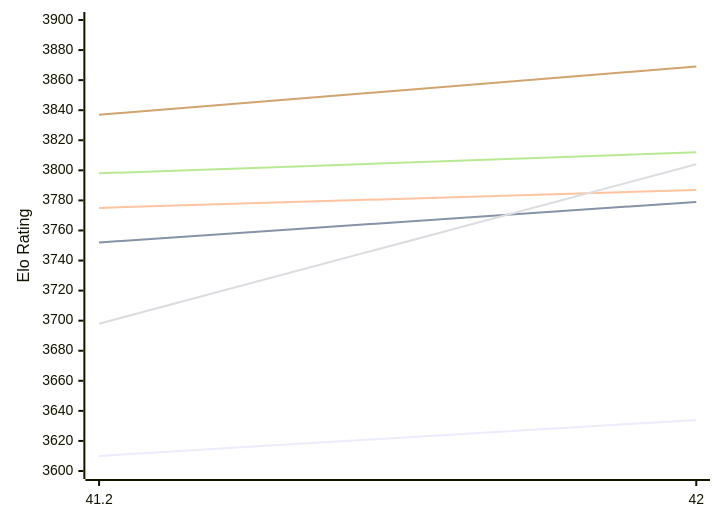
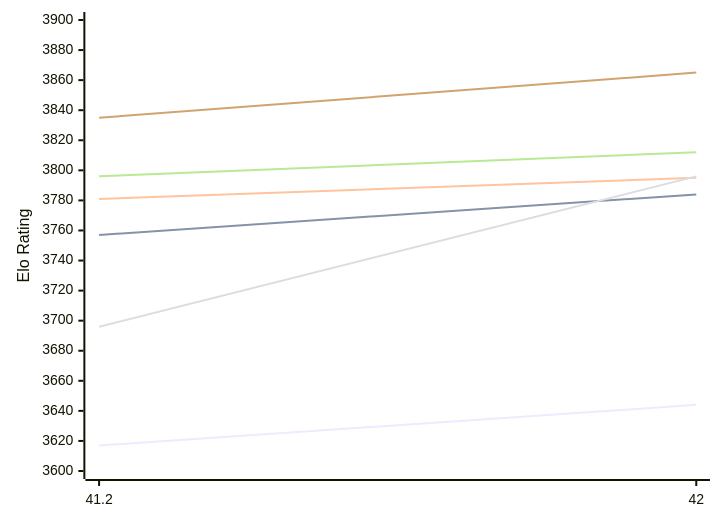
Before and after one commit to computer-chess-index/cci: the first of 2 diagrams in engines/Shashchess.md, drawn with Mermaid. The commit also changed other lines of this file, not shown here.

Commit message:
Update CCI Ratings (ELO VLTC) - 2026-11-10

````diff
--- a/engines/Shashchess.md
+++ b/engines/Shashchess.md
@@ -50,12 +50,12 @@
 ```mermaid
 %%{init: {"theme":"base","themeVariables":{"seriesColors:['#a3a3a3','#222221','#faa371']}}}%%
 xychart-beta
   x-axis ["41.2", "42"]
   y-axis "Elo Rating" 3600 --> 3900
-  line "E1: STC (8.0+0.08s)" [3610, 3634]
-  line "E1: LTC (60.0+0.60s)" [3752, 3779]
-  line "E1: VLTC (2m24s+1.12s)" [3775, 3787]
-  line "P1: STC (8.0+0.08s)" [3698, 3804]
-  line "P1: LTC (60.0+0.60s)" [3798, 3812]
-  line "P1: VLTC (2m24s+1.12s)" [3837, 3869]
+  line "E1: STC (8.0+0.08s)" [3617, 3644]
+  line "E1: LTC (60.0+0.60s)" [3757, 3784]
+  line "E1: VLTC (2m24s+1.12s)" [3781, 3795]
+  line "P1: STC (8.0+0.08s)" [3696, 3796]
+  line "P1: LTC (60.0+0.60s)" [3796, 3812]
+  line "P1: VLTC (2m24s+1.12s)" [3835, 3865]
 ```
````
